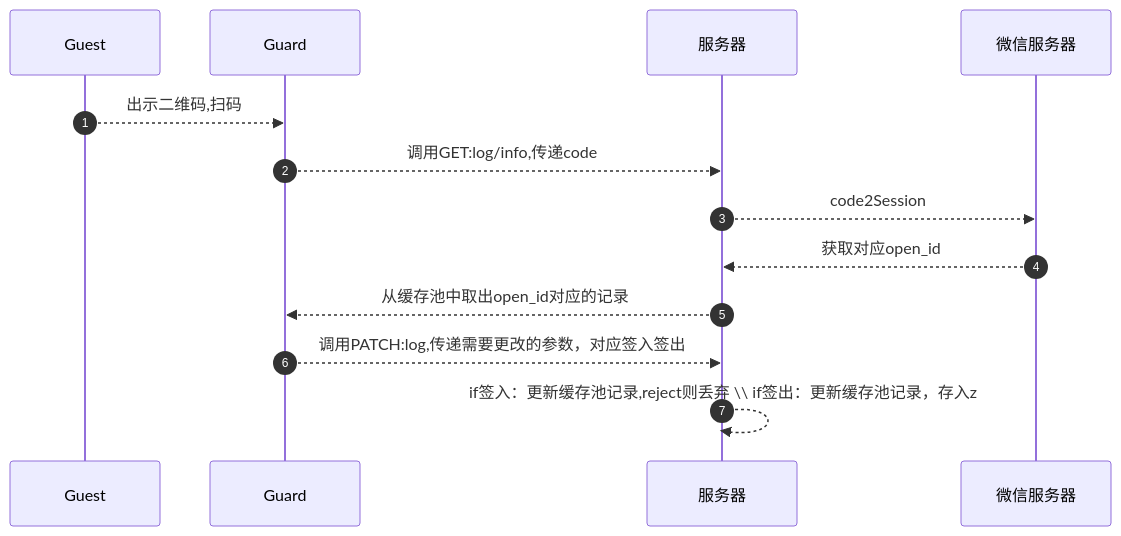
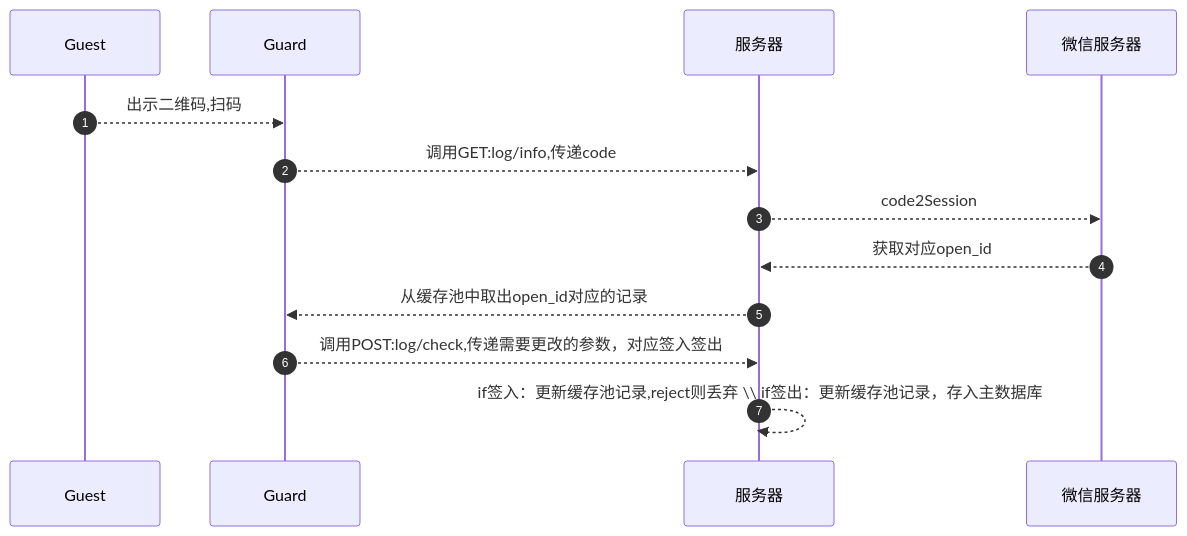
One commit to Akira-u/Zijing-Guest changed the fourth of 4 diagrams in 流程图.md. Above: the diagram before and after it, drawn with Mermaid.

````diff
--- a/流程图.md
+++ b/流程图.md
@@ -80,16 +80,16 @@
 ```mermaid
 sequenceDiagram
 	autonumber
 	participant Guest
 	participant Guard
 	participant 服务器
 	participant 微信服务器
 	Guest -->> Guard: 出示二维码,扫码
 	Guard -->> 服务器:调用GET:log/info,传递code
 	服务器 -->> 微信服务器: code2Session
 	微信服务器 -->> 服务器: 获取对应open_id
 	服务器 -->> Guard: 从缓存池中取出open_id对应的记录
-	Guard -->> 服务器: 调用PATCH:log,传递需要更改的参数，对应签入签出
-	服务器 -->> 服务器: if签入：更新缓存池记录,reject则丢弃 \\ if签出：更新缓存池记录，存入z
+	Guard -->> 服务器: 调用POST:log/check,传递需要更改的参数，对应签入签出
+	服务器 -->> 服务器: if签入：更新缓存池记录,reject则丢弃 \\ if签出：更新缓存池记录，存入主数据库
 	
 ```
````
